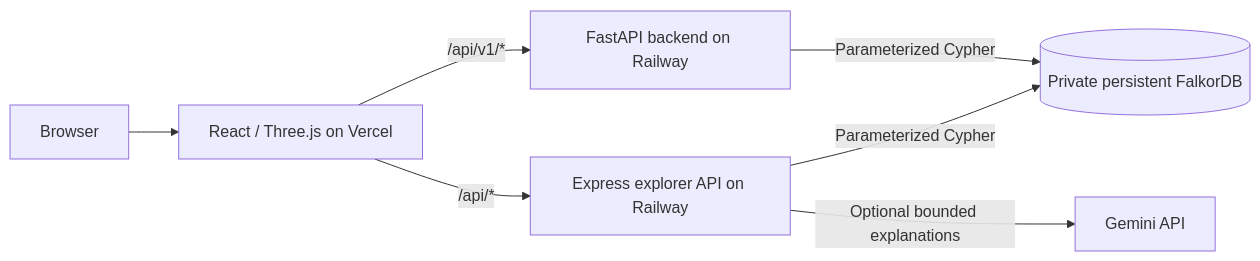
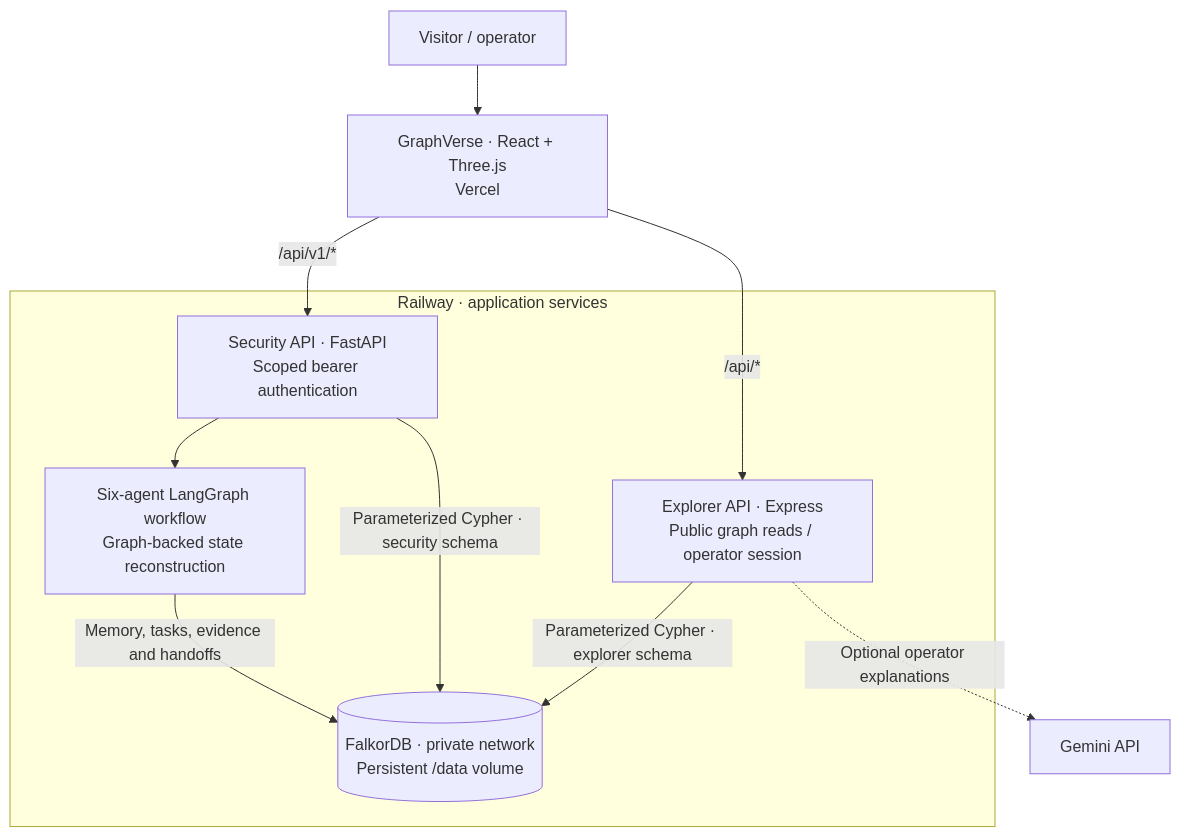
One commit to deveshsinghal09/shadowchain-ai changed the diagram in README.md. Above: the diagram before and after it, drawn with Mermaid. The commit also changed other lines of this file and 1 other file, not shown here.

Commit message:
docs: refresh project README and clarify hosted architecture

````diff
--- a/README.md
+++ b/README.md
@@ -60,9 +64,19 @@
 ```mermaid
-flowchart LR
-    User[Browser] --> Web[React / Three.js on Vercel]
-    Web -->|/api/*| Explorer[Express explorer API on Railway]
-    Web -->|/api/v1/*| Backend[FastAPI backend on Railway]
-    Explorer -->|Parameterized Cypher| Graph[(Private persistent FalkorDB)]
-    Backend -->|Parameterized Cypher| Graph
-    Explorer -->|Optional bounded explanations| Gemini[Gemini API]
+flowchart TB
+    Visitor["Visitor / operator"] --> Web["GraphVerse · React + Three.js<br/>Vercel"]
+
+    subgraph Railway["Railway · application services"]
+        Explorer["Explorer API · Express<br/>Public graph reads / operator session"]
+        Python["Security API · FastAPI<br/>Scoped bearer authentication"]
+        Agents["Six-agent LangGraph workflow<br/>Graph-backed state reconstruction"]
+        DB[("FalkorDB · private network<br/>Persistent /data volume")]
+    end
+
+    Web -->|"/api/*"| Explorer
+    Web -->|"/api/v1/*"| Python
+    Python --> Agents
+    Explorer -->|"Parameterized Cypher · explorer schema"| DB
+    Python -->|"Parameterized Cypher · security schema"| DB
+    Agents -->|"Memory, tasks, evidence and handoffs"| DB
+    Explorer -.->|"Optional operator explanations"| Gemini["Gemini API"]
 ```
````
